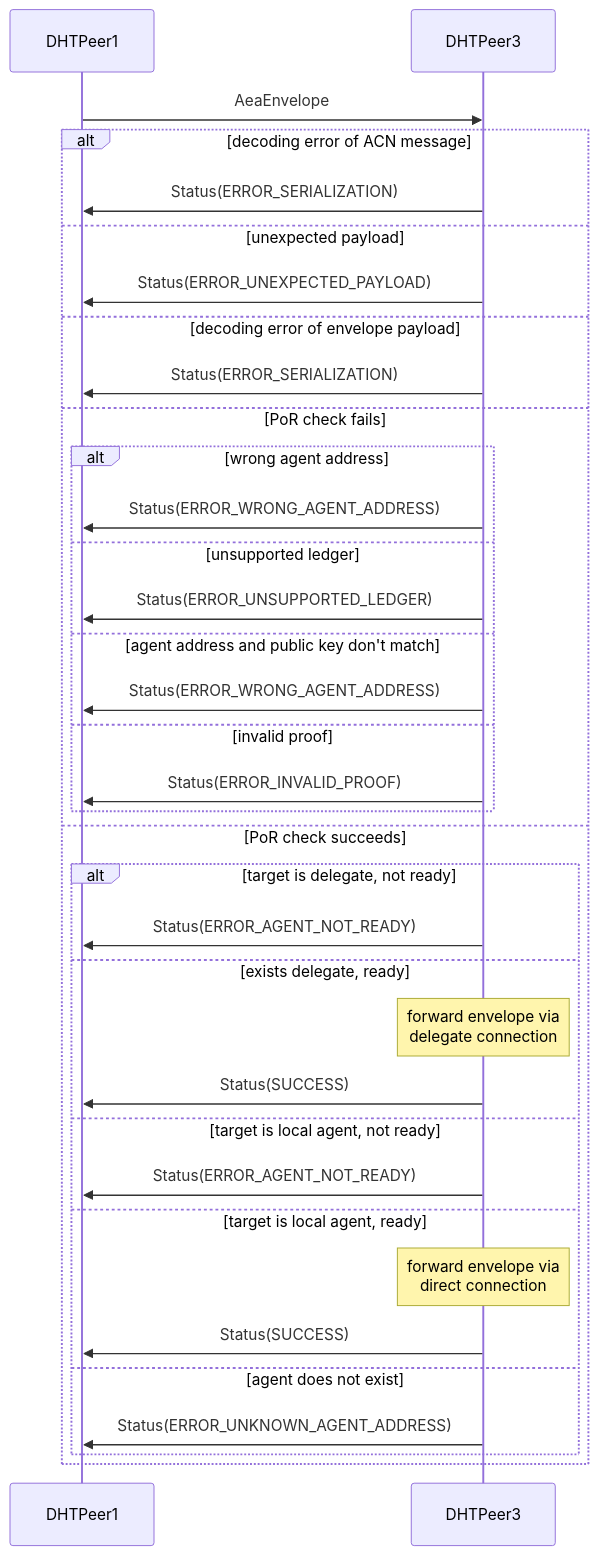
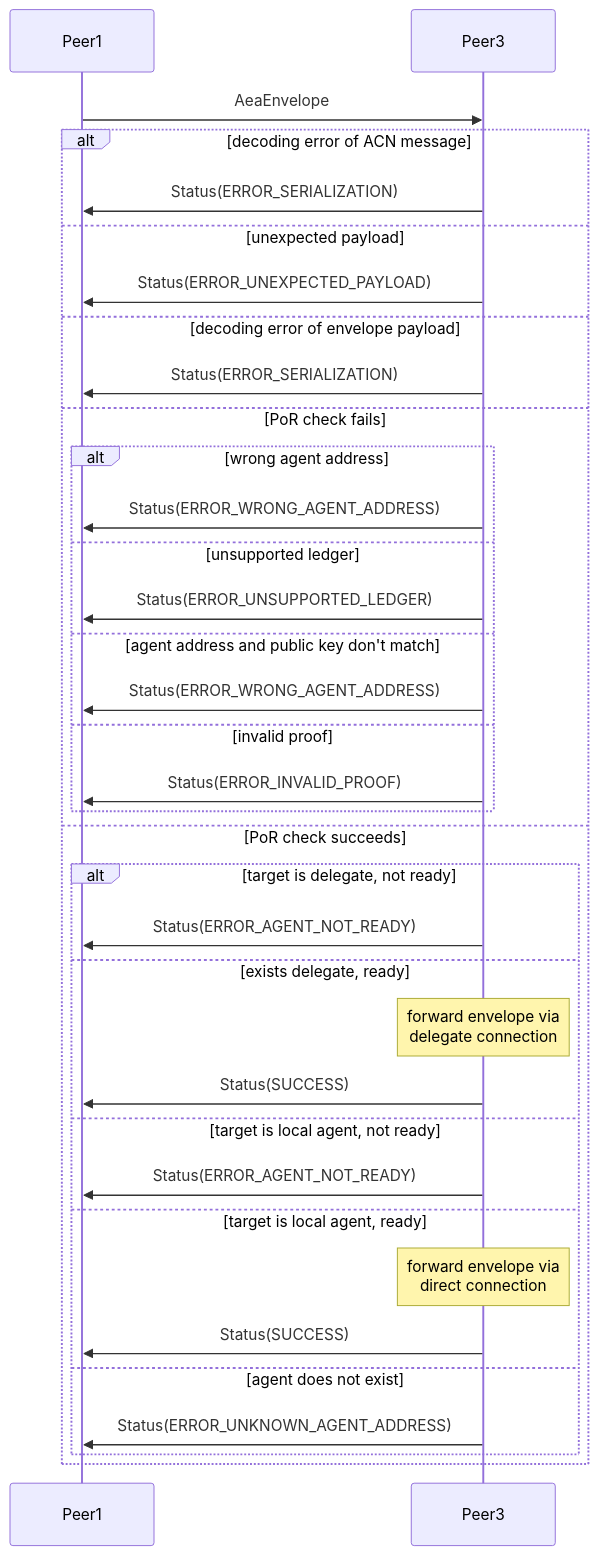
One commit to legendarydeveloper919/agents-aea changed the eighth of 9 diagrams in docs/acn-internals.md. Above: the diagram before and after it, drawn with Mermaid. The commit also changed other lines of this file, not shown here.

Commit message:
docs: rename DHTPeer with Peer

```diff
--- a/docs/acn-internals.md
+++ b/docs/acn-internals.md
@@ -366,37 +366,37 @@
 <div class="mermaid">
     sequenceDiagram
-        participant DHTPeer1
-        participant DHTPeer3
-        DHTPeer1->>DHTPeer3: AeaEnvelope
+        participant Peer1
+        participant Peer3
+        Peer1->>Peer3: AeaEnvelope
         alt decoding error of ACN message
-            DHTPeer3->>DHTPeer1: Status(ERROR_SERIALIZATION)
+            Peer3->>Peer1: Status(ERROR_SERIALIZATION)
         else unexpected payload
-            DHTPeer3->>DHTPeer1: Status(ERROR_UNEXPECTED_PAYLOAD)
+            Peer3->>Peer1: Status(ERROR_UNEXPECTED_PAYLOAD)
         else decoding error of envelope payload
-            DHTPeer3->>DHTPeer1: Status(ERROR_SERIALIZATION)        
+            Peer3->>Peer1: Status(ERROR_SERIALIZATION)        
         else PoR check fails
             alt wrong agent address
-                DHTPeer3->>DHTPeer1: Status(ERROR_WRONG_AGENT_ADDRESS)
+                Peer3->>Peer1: Status(ERROR_WRONG_AGENT_ADDRESS)
             else unsupported ledger
-                DHTPeer3->>DHTPeer1: Status(ERROR_UNSUPPORTED_LEDGER)
+                Peer3->>Peer1: Status(ERROR_UNSUPPORTED_LEDGER)
             else agent address and public key don't match
-                DHTPeer3->>DHTPeer1: Status(ERROR_WRONG_AGENT_ADDRESS)
+                Peer3->>Peer1: Status(ERROR_WRONG_AGENT_ADDRESS)
             else invalid proof
-                DHTPeer3->>DHTPeer1: Status(ERROR_INVALID_PROOF)
+                Peer3->>Peer1: Status(ERROR_INVALID_PROOF)
             end
         else PoR check succeeds
             alt target is delegate, not ready
-                DHTPeer3->>DHTPeer1: Status(ERROR_AGENT_NOT_READY)
+                Peer3->>Peer1: Status(ERROR_AGENT_NOT_READY)
             else exists delegate, ready
-                note over DHTPeer3: forward envelope via<br/>delegate connection
-                DHTPeer3->>DHTPeer1: Status(SUCCESS)
+                note over Peer3: forward envelope via<br/>delegate connection
+                Peer3->>Peer1: Status(SUCCESS)
             else target is local agent, not ready
-                DHTPeer3->>DHTPeer1: Status(ERROR_AGENT_NOT_READY)
+                Peer3->>Peer1: Status(ERROR_AGENT_NOT_READY)
             else target is local agent, ready
-                note over DHTPeer3: forward envelope via<br/>direct connection
-                DHTPeer3->>DHTPeer1: Status(SUCCESS)
+                note over Peer3: forward envelope via<br/>direct connection
+                Peer3->>Peer1: Status(SUCCESS)
             else agent does not exist
-                DHTPeer3->>DHTPeer1: Status(ERROR_UNKNOWN_AGENT_ADDRESS)
+                Peer3->>Peer1: Status(ERROR_UNKNOWN_AGENT_ADDRESS)
             end
         end
 </div>
```
